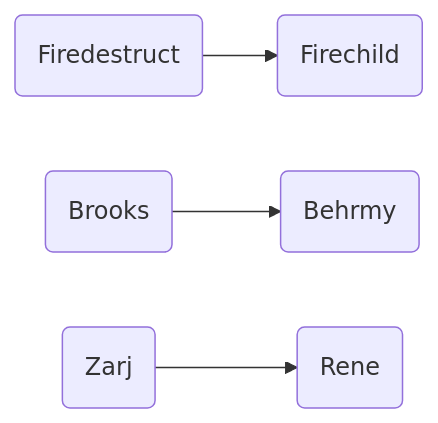
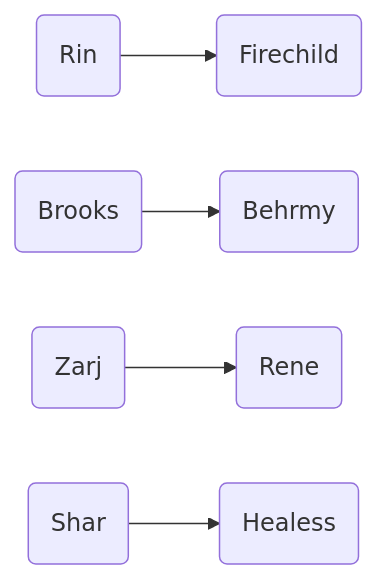
The sixth of 11 diagrams in wepulled/swp/README.md (leemWF/READMEVault), drawn with Mermaid before and after one commit. The commit also changed other lines of this file, not shown here.

````diff
--- a/wepulled/swp/README.md
+++ b/wepulled/swp/README.md
@@ -156,6 +153,7 @@
 ```mermaid
 flowchart LR
-    C(Firedestruct) --> D(Firechild)
+    C(Rin) --> D(Firechild)
     E(Brooks) --> F(Behrmy)
     G(Zarj) --> H(Rene)
+    A(Shar) --> B(Healess)
 ```
````
